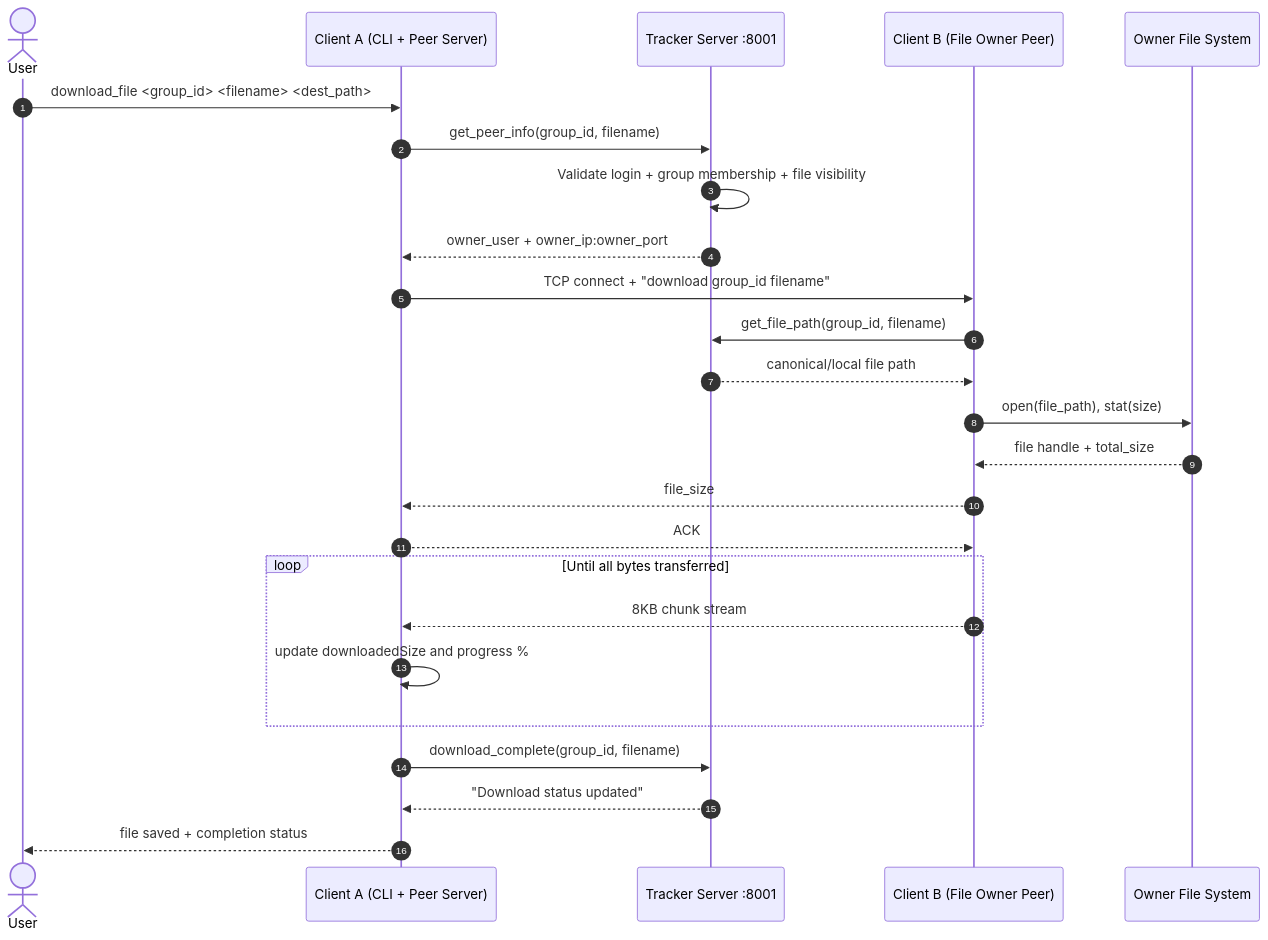
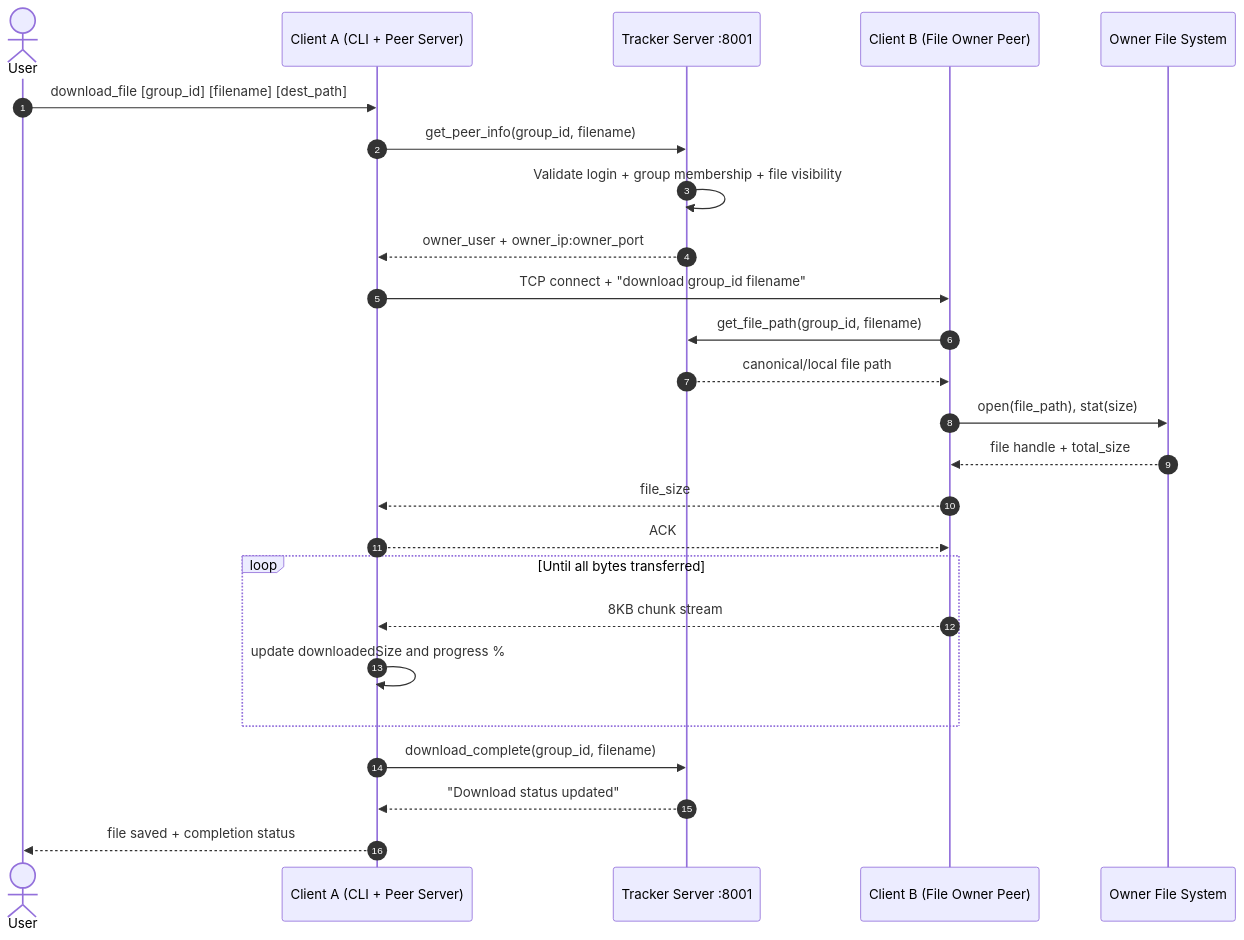
Before and after one commit to gitXsingh/Hybrid-P2P-FSM-in-GO: the second of 4 diagrams in README.md, drawn with Mermaid. The commit also changed other lines of this file, not shown here.

````diff
--- a/README.md
+++ b/README.md
@@ -141,28 +131,28 @@
 ```mermaid
 sequenceDiagram
     autonumber
     actor User as User
     participant ClientA as Client A (CLI + Peer Server)
     participant Tracker as Tracker Server :8001
     participant ClientB as Client B (File Owner Peer)
     participant FS as Owner File System
 
-    User->>ClientA: download_file <group_id> <filename> <dest_path>
+    User->>ClientA: download_file [group_id] [filename] [dest_path]
     ClientA->>Tracker: get_peer_info(group_id, filename)
     Tracker->>Tracker: Validate login + group membership + file visibility
     Tracker-->>ClientA: owner_user + owner_ip:owner_port
     ClientA->>ClientB: TCP connect + "download group_id filename"
     ClientB->>Tracker: get_file_path(group_id, filename)
     Tracker-->>ClientB: canonical/local file path
     ClientB->>FS: open(file_path), stat(size)
     FS-->>ClientB: file handle + total_size
     ClientB-->>ClientA: file_size
     ClientA-->>ClientB: ACK
     loop Until all bytes transferred
         ClientB-->>ClientA: 8KB chunk stream
         ClientA->>ClientA: update downloadedSize and progress %
     end
     ClientA->>Tracker: download_complete(group_id, filename)
     Tracker-->>ClientA: "Download status updated"
     ClientA-->>User: file saved + completion status
 ```
````
